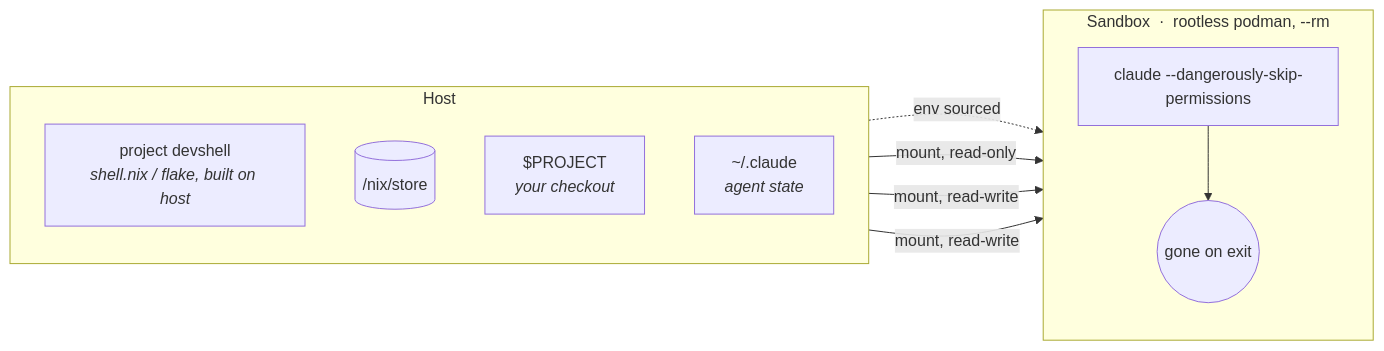
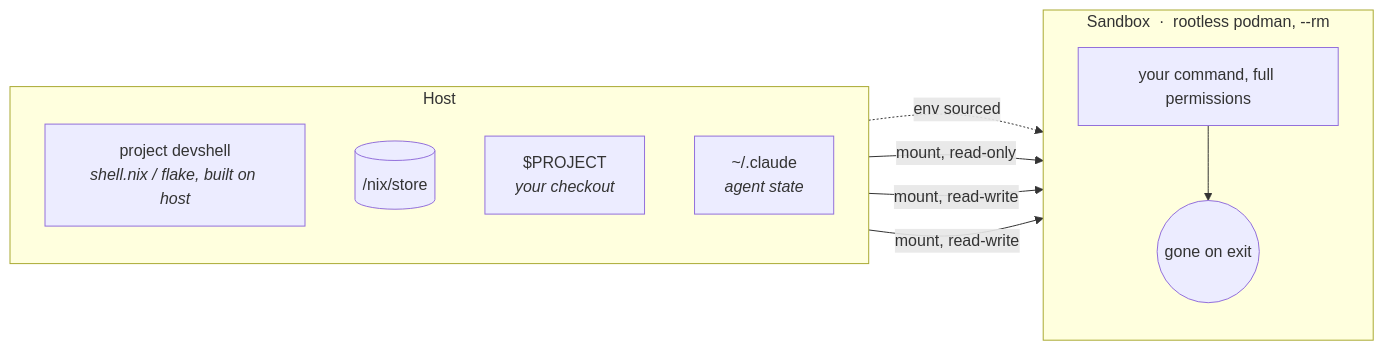
One commit to jeliasson/bur changed the diagram in README.md. Above: the diagram before and after it, drawn with Mermaid. The commit also changed other lines of this file and 20 other files, not shown here.

````diff
--- a/README.md
+++ b/README.md
@@ -55,22 +57,22 @@
 ```mermaid
 flowchart LR
     subgraph host["Host"]
         direction TB
         devshell["project devshell<br/><i>shell.nix / flake, built on host</i>"]
         store[("/nix/store")]
         project["$PROJECT<br/><i>your checkout</i>"]
         state["~/.claude<br/><i>agent state</i>"]
     end
 
     subgraph sandbox["Sandbox&nbsp;&nbsp;·&nbsp;&nbsp;rootless podman, --rm"]
         direction TB
-        agent["claude --dangerously-skip-permissions"]
+        agent["your command, full permissions"]
         gone(("gone on exit"))
     end
 
     devshell -. "env sourced" .-> agent
     store -- "mount, read-only" --> agent
     project -- "mount, read-write" --> agent
     state -- "mount, read-write" --> agent
     agent --> gone
 ```
````
